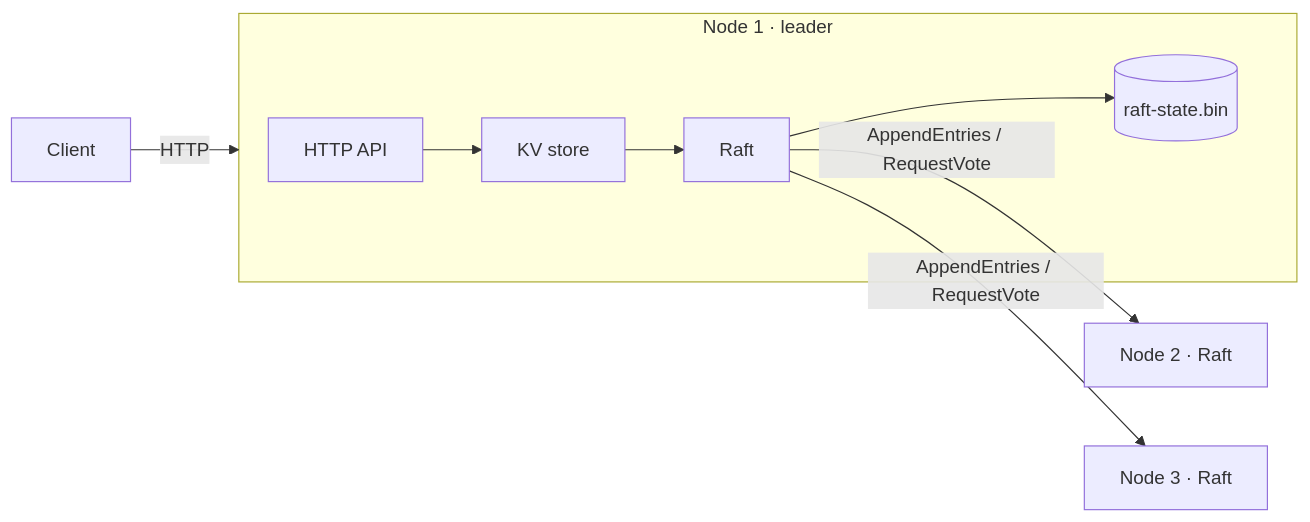
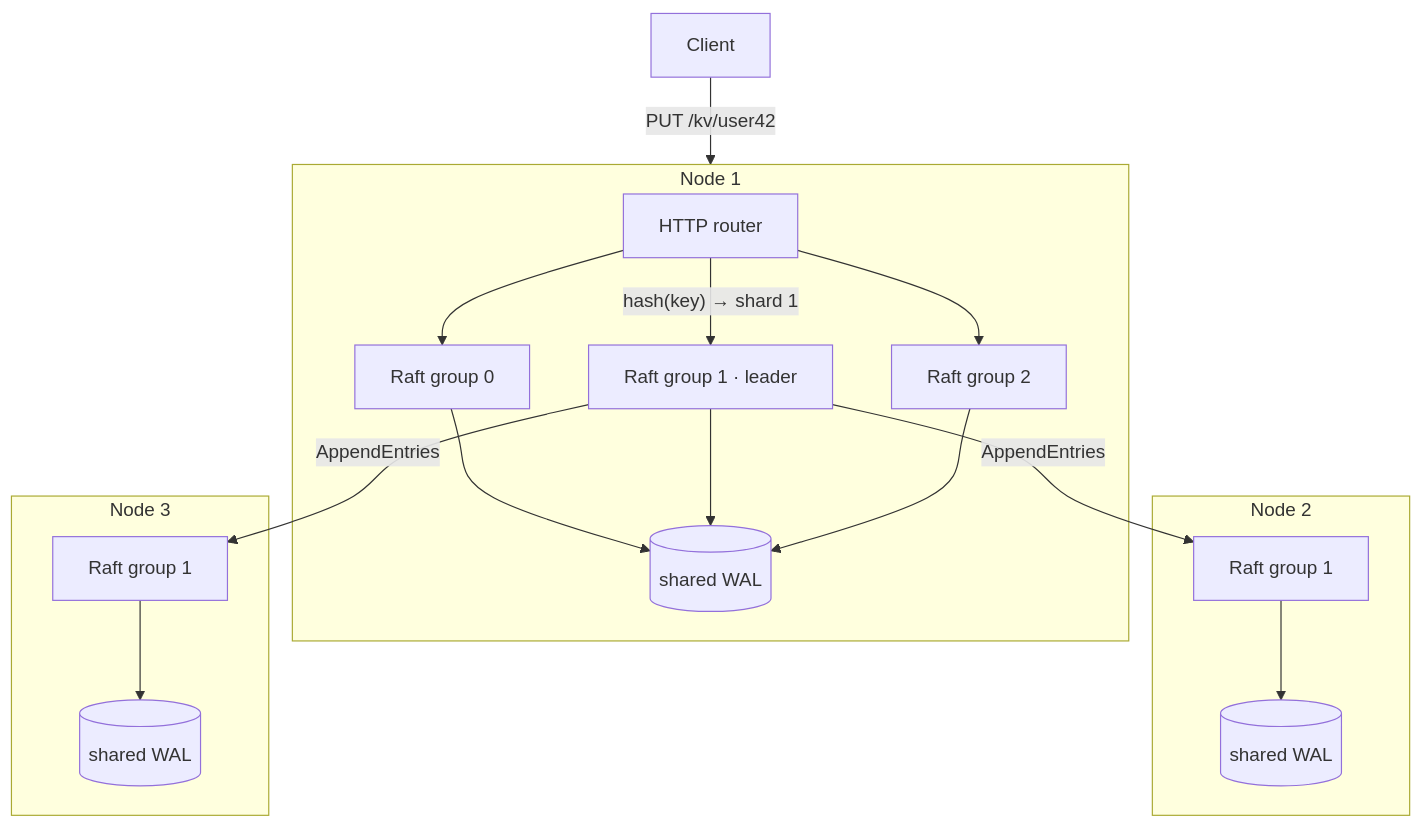
The diagram in README.md (Prathamesh250205/raftkv), drawn with Mermaid before and after one commit. The commit also changed other lines of this file, not shown here.

First line of the commit message:
Rewrite README for the sharded, verified store

````diff
--- a/README.md
+++ b/README.md
@@ -22,10 +47,18 @@
 ```mermaid
-flowchart LR
-    C[Client] -- HTTP --> N1
-    subgraph N1[Node 1 · leader]
-        A1[HTTP API] --> S1[KV store] --> R1[Raft]
-        R1 --> D1[(raft-state.bin)]
+flowchart TB
+    C[Client] -- "PUT /kv/user42" --> N1
+    subgraph N1[Node 1]
+        H1[HTTP router] -->|"hash(key) → shard 1"| G11[Raft group 1 · leader]
+        H1 --> G10[Raft group 0]
+        H1 --> G12[Raft group 2]
+        G10 & G11 & G12 --> W1[(shared WAL)]
     end
-    R1 -- AppendEntries / RequestVote --> R2[Node 2 · Raft]
-    R1 -- AppendEntries / RequestVote --> R3[Node 3 · Raft]
+    subgraph N2[Node 2]
+        G21[Raft group 1] --> W2[(shared WAL)]
+    end
+    subgraph N3[Node 3]
+        G31[Raft group 1] --> W3[(shared WAL)]
+    end
+    G11 -- AppendEntries --> G21
+    G11 -- AppendEntries --> G31
 ```
````
